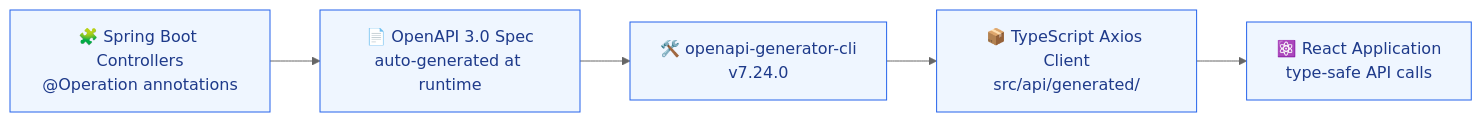
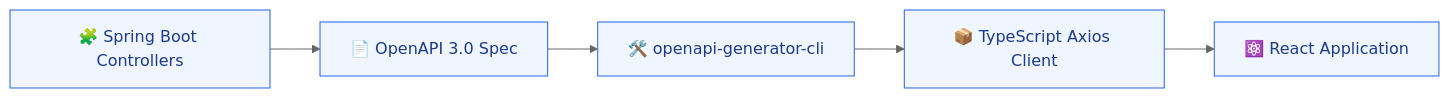
Before and after one commit to ErayYalman/application-management-system: the fourth of 8 diagrams in README.md, drawn with Mermaid (neutral theme). The commit also changed other lines of this file, not shown here.

````diff
--- a/README.md
+++ b/README.md
@@ -495,10 +267,10 @@
 ```mermaid
 flowchart LR
-    A["🧩 Spring Boot Controllers<br/>@Operation annotations"] --> B["📄 OpenAPI 3.0 Spec<br/>auto-generated at runtime"]
-    B --> C["🛠️ openapi-generator-cli<br/>v7.24.0"]
-    C --> D["📦 TypeScript Axios Client<br/>src/api/generated/"]
-    D --> E["⚛️ React Application<br/>type-safe API calls"]
+    A["🧩 Spring Boot Controllers"] --> B["📄 OpenAPI 3.0 Spec"]
+    B --> C["🛠️ openapi-generator-cli"]
+    C --> D["📦 TypeScript Axios Client"]
+    D --> E["⚛️ React Application"]
 
     classDef step fill:#EFF6FF,stroke:#2563EB,color:#1E3A8A,stroke-width:1px
     class A,B,C,D,E step
 ```
````
